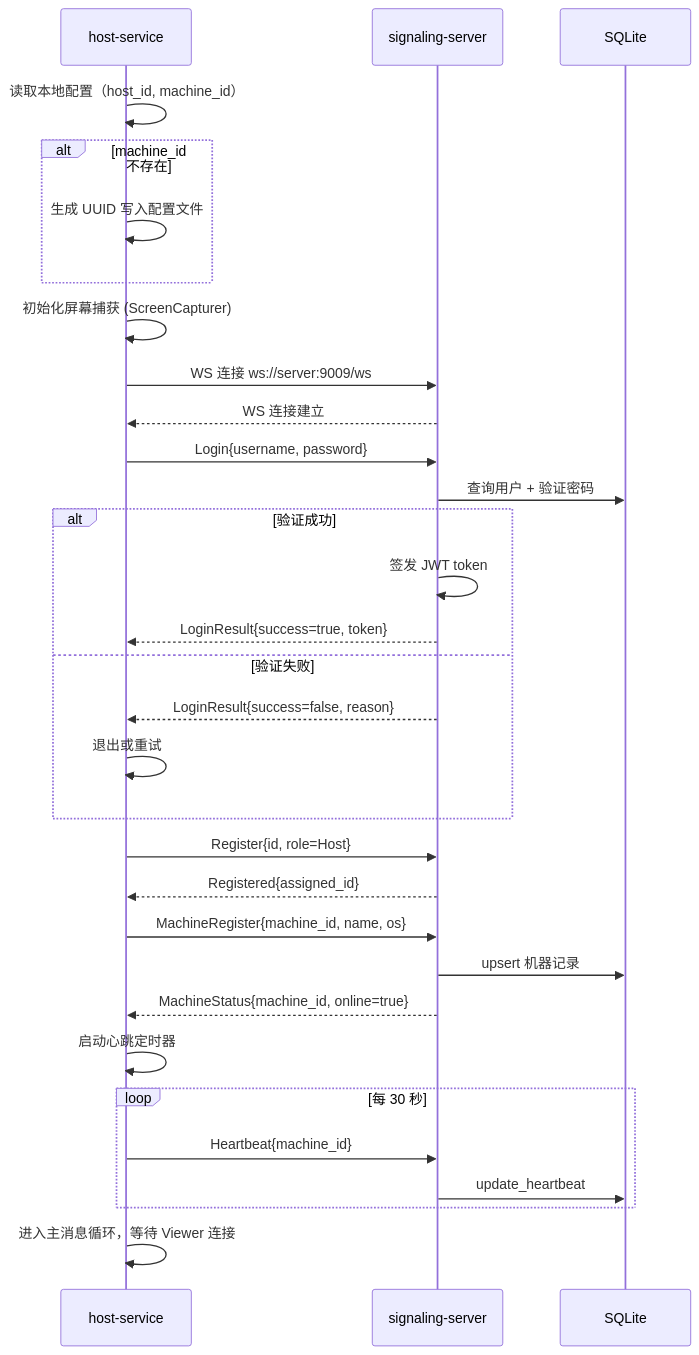
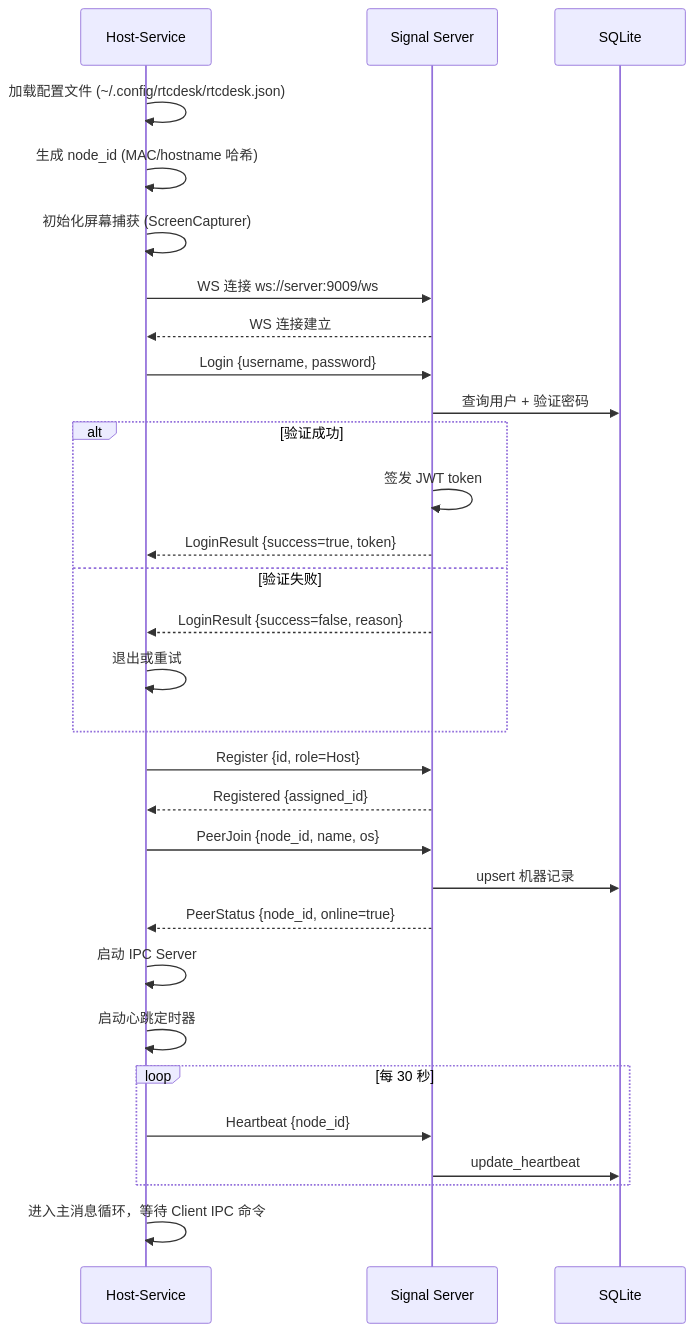
One commit to xfront/rtcdesk changed the second of 5 diagrams in system_design.md. Above: the diagram before and after it, drawn with Mermaid. The commit also changed other lines of this file and 54 other files, not shown here.

````diff
--- a/system_design.md
+++ b/system_design.md
@@ -391,39 +551,38 @@
 ```mermaid
 sequenceDiagram
-    participant H as host-service
-    participant S as signaling-server
+    participant H as Host-Service
+    participant S as Signal Server
     participant DB as SQLite
 
-    H->>H: 读取本地配置（host_id, machine_id）
-    alt machine_id 不存在
-        H->>H: 生成 UUID 写入配置文件
-    end
+    H->>H: 加载配置文件 (~/.config/rtcdesk/rtcdesk.json)
+    H->>H: 生成 node_id (MAC/hostname 哈希)
     H->>H: 初始化屏幕捕获 (ScreenCapturer)
     H->>S: WS 连接 ws://server:9009/ws
     S-->>H: WS 连接建立
 
-    H->>S: Login{username, password}
+    H->>S: Login {username, password}
     S->>DB: 查询用户 + 验证密码
     alt 验证成功
         S->>S: 签发 JWT token
-        S-->>H: LoginResult{success=true, token}
+        S-->>H: LoginResult {success=true, token}
     else 验证失败
-        S-->>H: LoginResult{success=false, reason}
+        S-->>H: LoginResult {success=false, reason}
         H->>H: 退出或重试
     end
 
-    H->>S: Register{id, role=Host}
-    S-->>H: Registered{assigned_id}
+    H->>S: Register {id, role=Host}
+    S-->>H: Registered {assigned_id}
 
-    H->>S: MachineRegister{machine_id, name, os}
+    H->>S: PeerJoin {node_id, name, os}
     S->>DB: upsert 机器记录
-    S-->>H: MachineStatus{machine_id, online=true}
+    S-->>H: PeerStatus {node_id, online=true}
 
+    H->>H: 启动 IPC Server
     H->>H: 启动心跳定时器
     loop 每 30 秒
-        H->>S: Heartbeat{machine_id}
+        H->>S: Heartbeat {node_id}
         S->>DB: update_heartbeat
     end
 
-    H->>H: 进入主消息循环，等待 Viewer 连接
+    H->>H: 进入主消息循环，等待 Client IPC 命令
 ```
````
